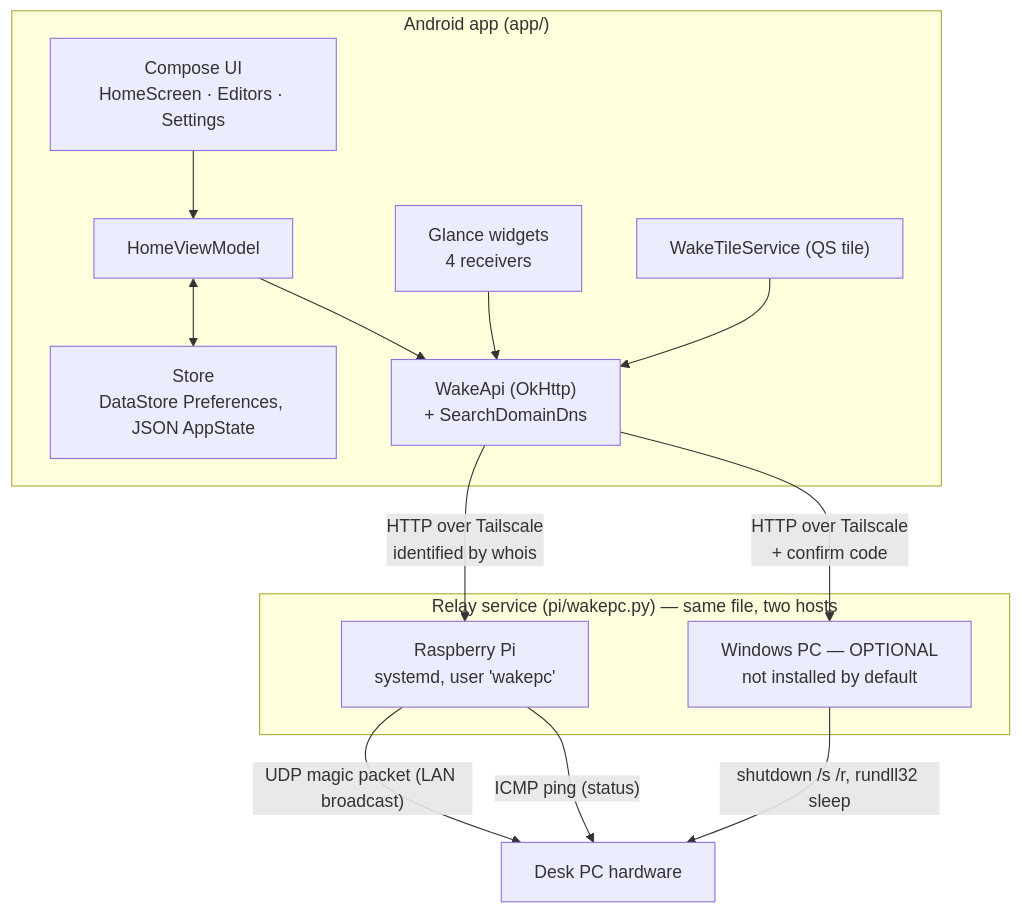
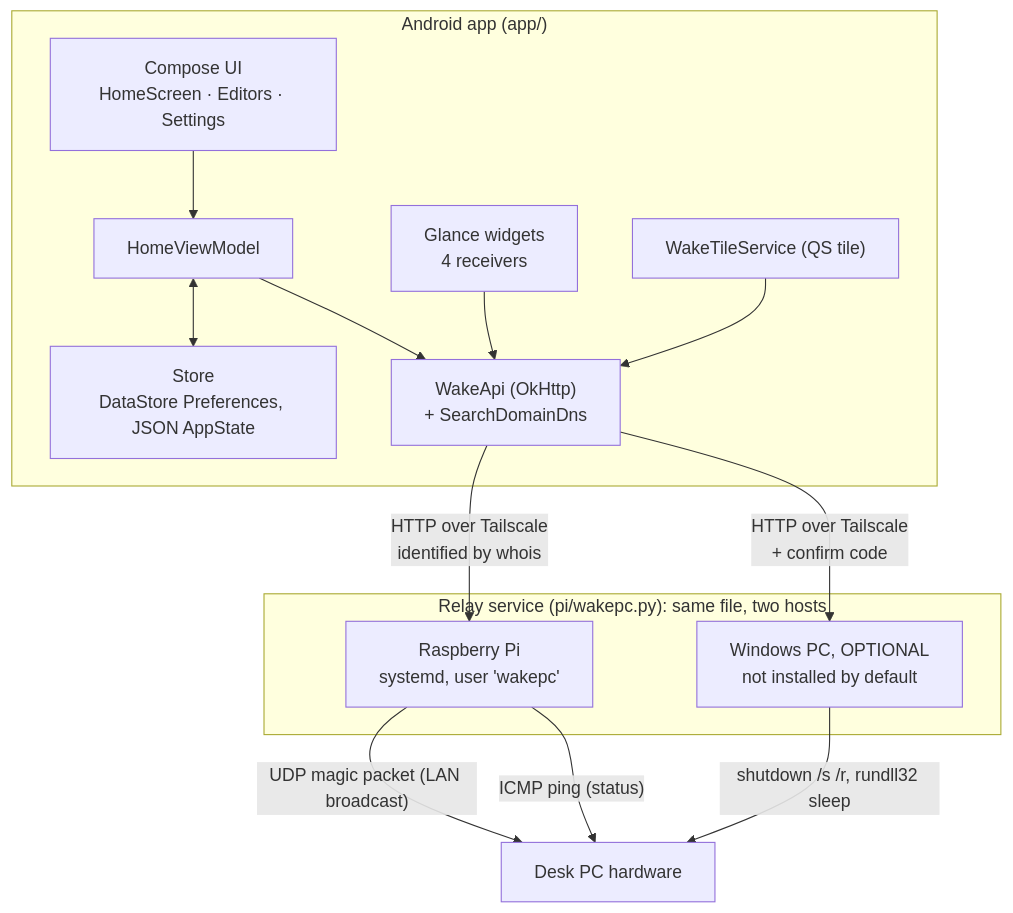
One commit to Bunbob41/WakePC changed the diagram in docs/ENGINEERING.md. Above: the diagram before and after it, drawn with Mermaid. The commit also changed other lines of this file and 9 other files, not shown here.

````diff
--- a/docs/ENGINEERING.md
+++ b/docs/ENGINEERING.md
@@ -8,25 +8,25 @@
 ```mermaid
 flowchart TB
     subgraph android["Android app (app/)"]
         UI["Compose UI<br/>HomeScreen · Editors · Settings"]
         VM["HomeViewModel"]
         STORE["Store<br/>DataStore Preferences, JSON AppState"]
         API["WakeApi (OkHttp)<br/>+ SearchDomainDns"]
         W["Glance widgets<br/>4 receivers"]
         TILE["WakeTileService (QS tile)"]
     end
-    subgraph relays["Relay service (pi/wakepc.py) — same file, two hosts"]
+    subgraph relays["Relay service (pi/wakepc.py): same file, two hosts"]
         PI["Raspberry Pi<br/>systemd, user 'wakepc'"]
-        PCS["Windows PC — OPTIONAL<br/>not installed by default"]
+        PCS["Windows PC, OPTIONAL<br/>not installed by default"]
     end
     PC["Desk PC hardware"]
     UI --> VM --> API
     W --> API
     TILE --> API
     VM <--> STORE
     API -- "HTTP over Tailscale<br/>identified by whois" --> PI
     API -- "HTTP over Tailscale<br/>+ confirm code" --> PCS
     PI -- "UDP magic packet (LAN broadcast)" --> PC
     PI -- "ICMP ping (status)" --> PC
     PCS -- "shutdown /s /r, rundll32 sleep" --> PC
 ```
````
